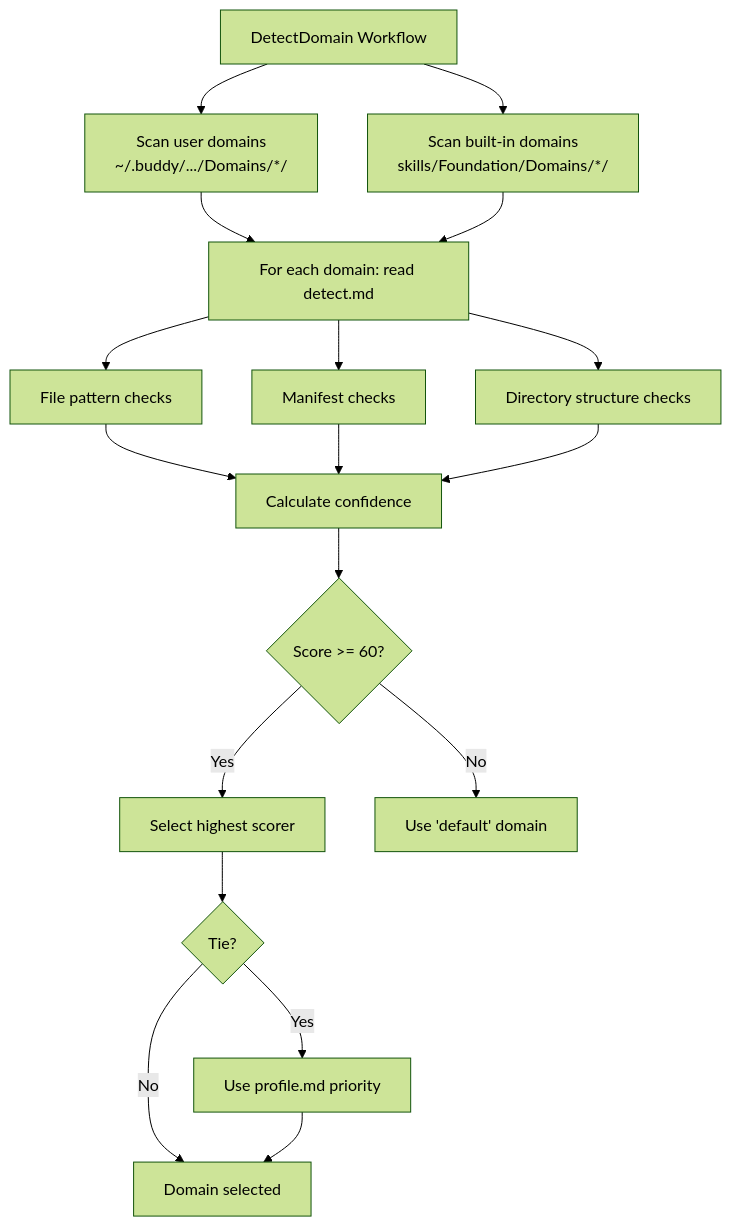
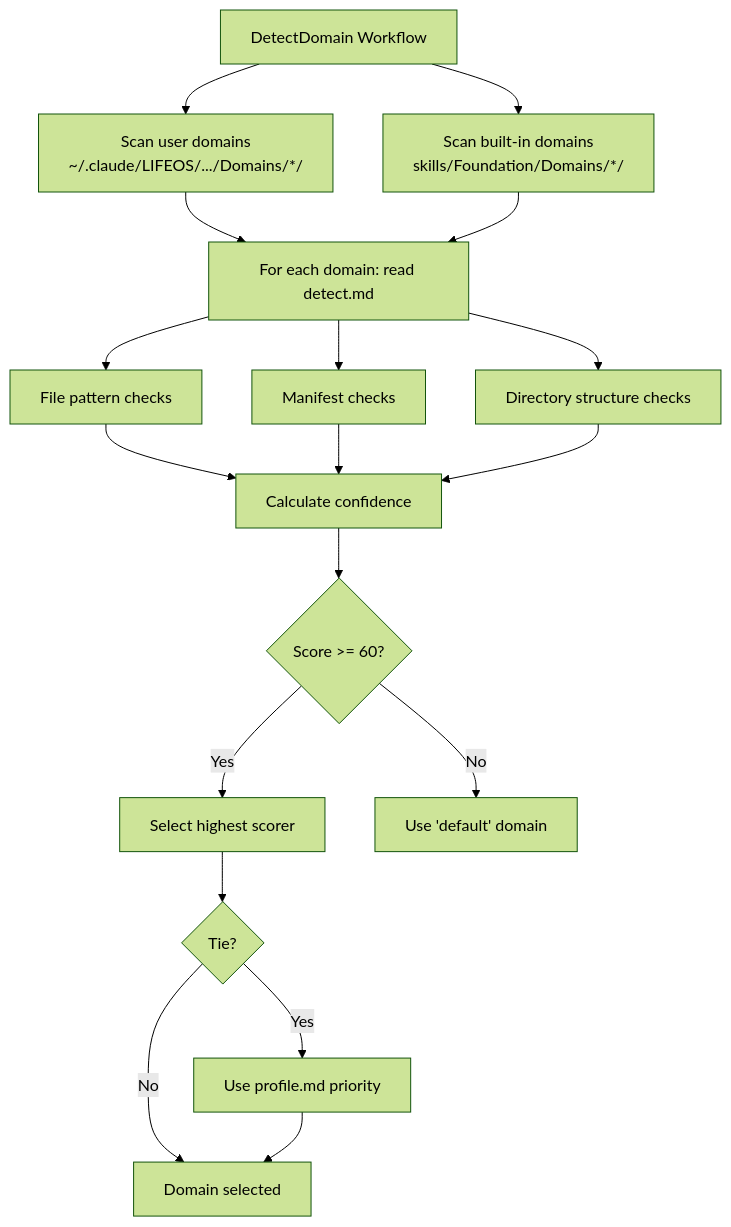
One commit to rsts-dev/claude-buddy-marketplace changed the fourth of 5 diagrams in plugins/buddy/docs/architecture.md. Above: the diagram before and after it, drawn with Mermaid (forest theme). The commit also changed other lines of this file and 94 other files, not shown here.

````diff
--- a/plugins/buddy/docs/architecture.md
+++ b/plugins/buddy/docs/architecture.md
@@ -156,17 +156,17 @@
 ```mermaid
 flowchart TD
-    Start["DetectDomain Workflow"] --> ScanUser["Scan user domains<br/>~/.buddy/.../Domains/*/"]
+    Start["DetectDomain Workflow"] --> ScanUser["Scan user domains<br/>~/.claude/LIFEOS/.../Domains/*/"]
     Start --> ScanBuiltin["Scan built-in domains<br/>skills/Foundation/Domains/*/"]
     ScanUser & ScanBuiltin --> Eval["For each domain: read detect.md"]
     Eval --> File["File pattern checks"]
     Eval --> Manifest["Manifest checks"]
     Eval --> Dir["Directory structure checks"]
     File & Manifest & Dir --> Score["Calculate confidence"]
     Score --> Check{"Score >= 60?"}
     Check -->|Yes| Winner["Select highest scorer"]
     Check -->|No| Default["Use 'default' domain"]
     Winner --> Tie{"Tie?"}
     Tie -->|Yes| Priority["Use profile.md priority"]
     Tie -->|No| Done["Domain selected"]
     Priority --> Done
 ```
````
